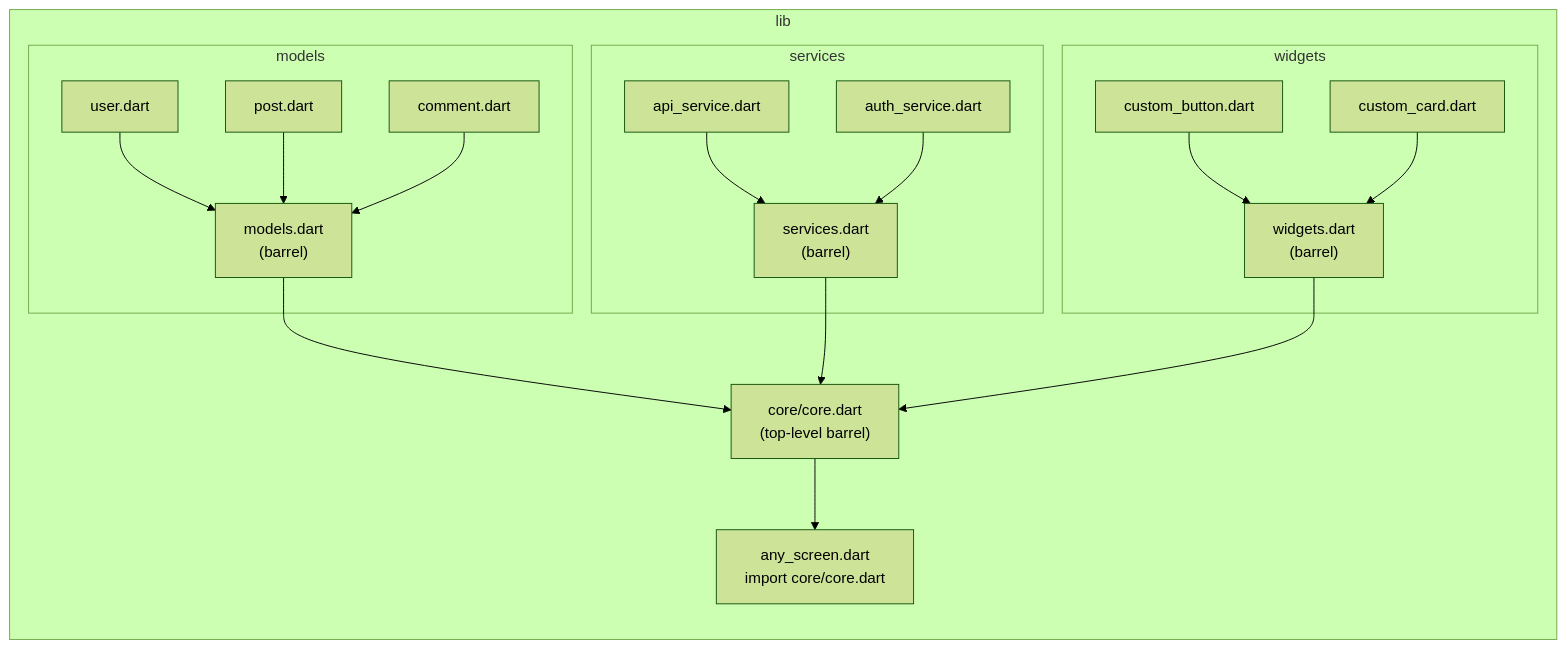
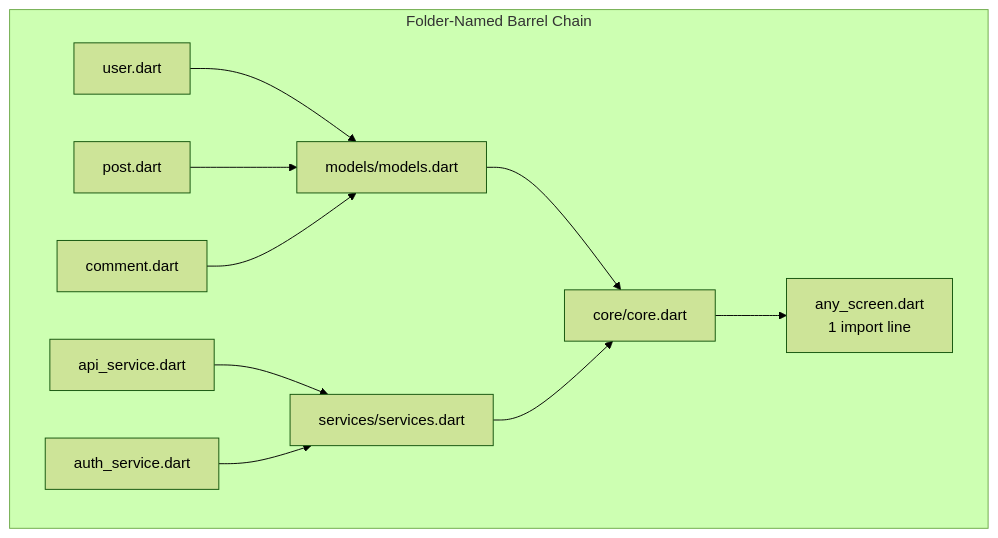
One commit to kasinadhsarma/flutter-skills changed the first of 4 diagrams in docs/skills.md. Above: the diagram before and after it, drawn with Mermaid (forest theme). The commit also changed other lines of this file, not shown here.

Commit message:
Refactor Flutter Barrel Imports documentation for clarity and organization, enhancing activation triggers and agent rules.

````diff
--- a/docs/skills.md
+++ b/docs/skills.md
@@ -87,29 +64,9 @@
 ```mermaid
-graph LR
-    subgraph lib
-        subgraph models
-            U["user.dart"]
-            P["post.dart"]
-            C["comment.dart"]
-            MB["models.dart\n(barrel)"]
-        end
-        subgraph services
-            API["api_service.dart"]
-            Auth["auth_service.dart"]
-            SB["services.dart\n(barrel)"]
-        end
-        subgraph widgets
-            Btn["custom_button.dart"]
-            Card["custom_card.dart"]
-            WB["widgets.dart\n(barrel)"]
-        end
-        Core["core/core.dart\n(top-level barrel)"]
-        Screen["any_screen.dart\nimport core/core.dart"]
+graph TD
+    subgraph "Folder-Named Barrel Chain"
+        U["user.dart"] & P["post.dart"] & C["comment.dart"] --> MB["models/models.dart"]
+        API["api_service.dart"] & Auth["auth_service.dart"] --> SB["services/services.dart"]
+        MB & SB --> Core["core/core.dart"]
+        Core --> Screen["any_screen.dart\n1 import line"]
     end
-
-    U & P & C --> MB
-    API & Auth --> SB
-    Btn & Card --> WB
-    MB & SB & WB --> Core
-    Core --> Screen
 ```
````
